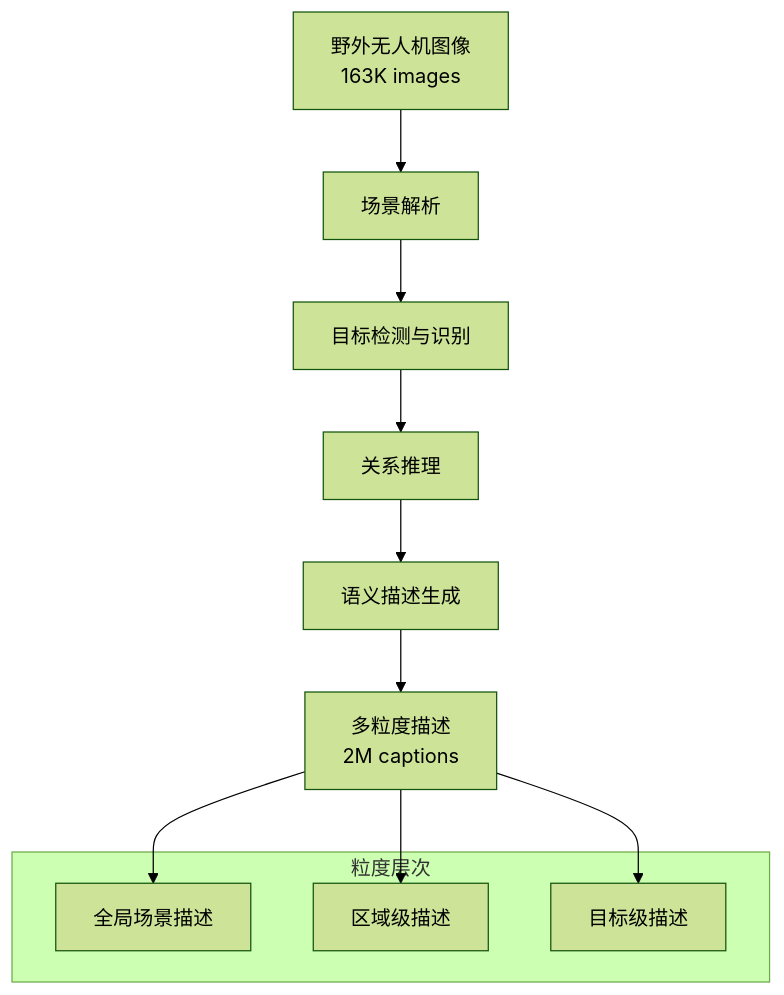
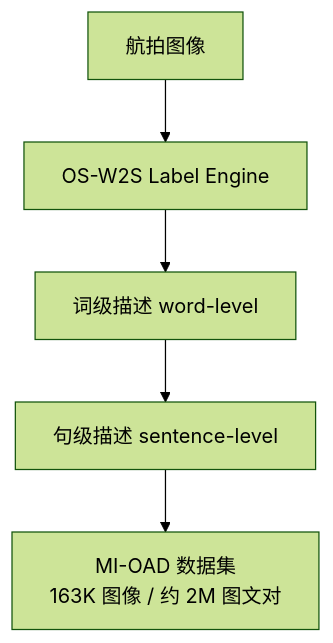
The sixth of 6 diagrams in docs/04-VLM专题/02-无人机场景理解.md (Qxy661/UAV-WM-VLA-Learning), drawn with Mermaid (forest theme) before and after one commit. The commit also changed other lines of this file and 53 other files, not shown here.

````diff
--- a/docs/04-VLM专题/02-无人机场景理解.md
+++ b/docs/04-VLM专题/02-无人机场景理解.md
@@ -285,18 +318,7 @@
 ```mermaid
 graph TB
-    A[野外无人机图像<br/>163K images] --> B[场景解析]
-    B --> C[目标检测与识别]
-    C --> D[关系推理]
-    D --> E[语义描述生成]
-    E --> F[多粒度描述<br/>2M captions]
-    
-    subgraph 粒度层次
-        G[全局场景描述]
-        H[区域级描述]
-        I[目标级描述]
-    end
-    
-    F --> G
-    F --> H
-    F --> I
+    A[航拍图像] --> B[OS-W2S Label Engine]
+    B --> C[词级描述 word-level]
+    C --> D[句级描述 sentence-level]
+    D --> E[MI-OAD 数据集<br/>163K 图像 / 约 2M 图文对]
 ```
````
